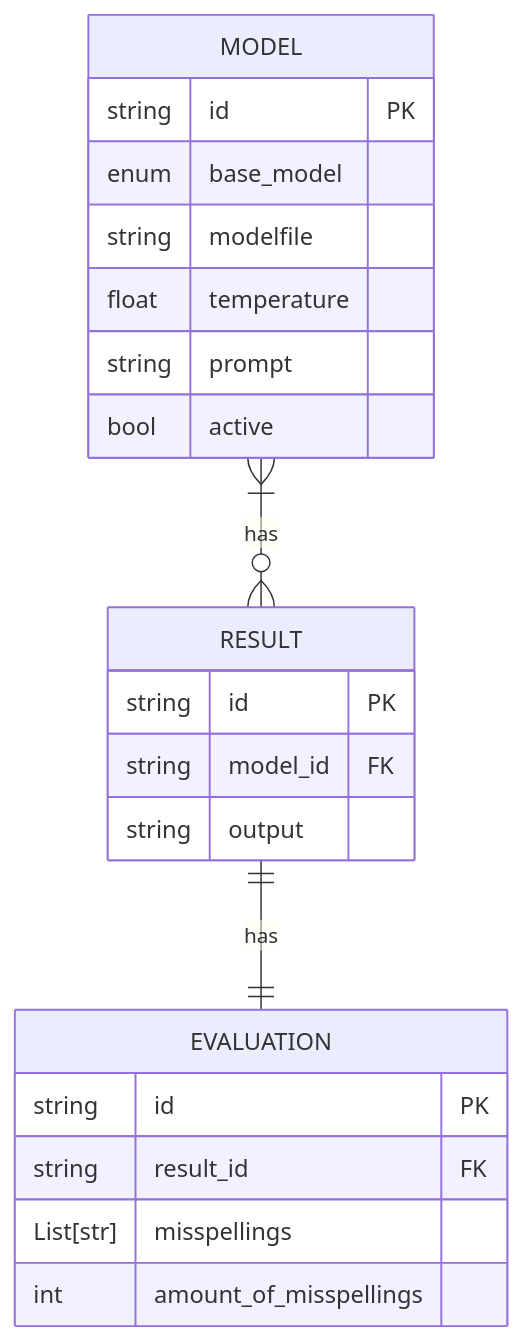
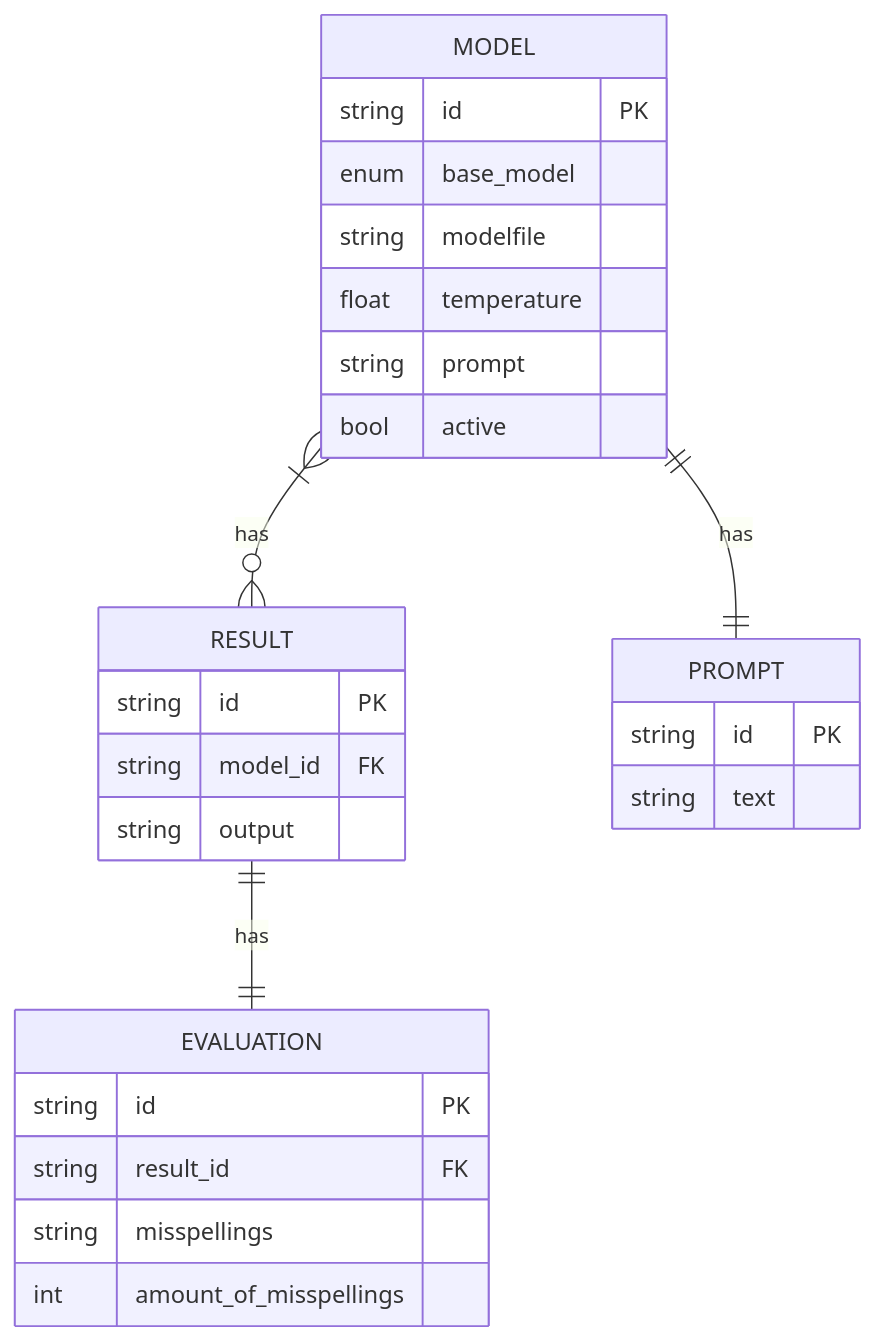
The diagram in docs/erd_diagram.md (nshern/dallama), drawn with Mermaid before and after one commit.

Commit message:
chore: add prompt to erd diagram

````diff
--- a/docs/erd_diagram.md
+++ b/docs/erd_diagram.md
@@ -4,28 +4,35 @@
 ```mermaid
 erDiagram
     MODEL }|--o{ RESULT : has
     RESULT ||--|| EVALUATION: has
+    MODEL ||--|| PROMPT: has
 
 
     MODEL {
         string id PK
         enum base_model
         string modelfile
         float temperature
         string prompt
         bool active
     }
 
     RESULT {
         string id PK
         string model_id FK
         string output
     }
 
     EVALUATION {
         string id PK
         string result_id FK
-        List[str] misspellings
+        string misspellings
         int amount_of_misspellings
     }
+
+    PROMPT {
+        string id PK
+        string text
+        
+    }
 ```
````
